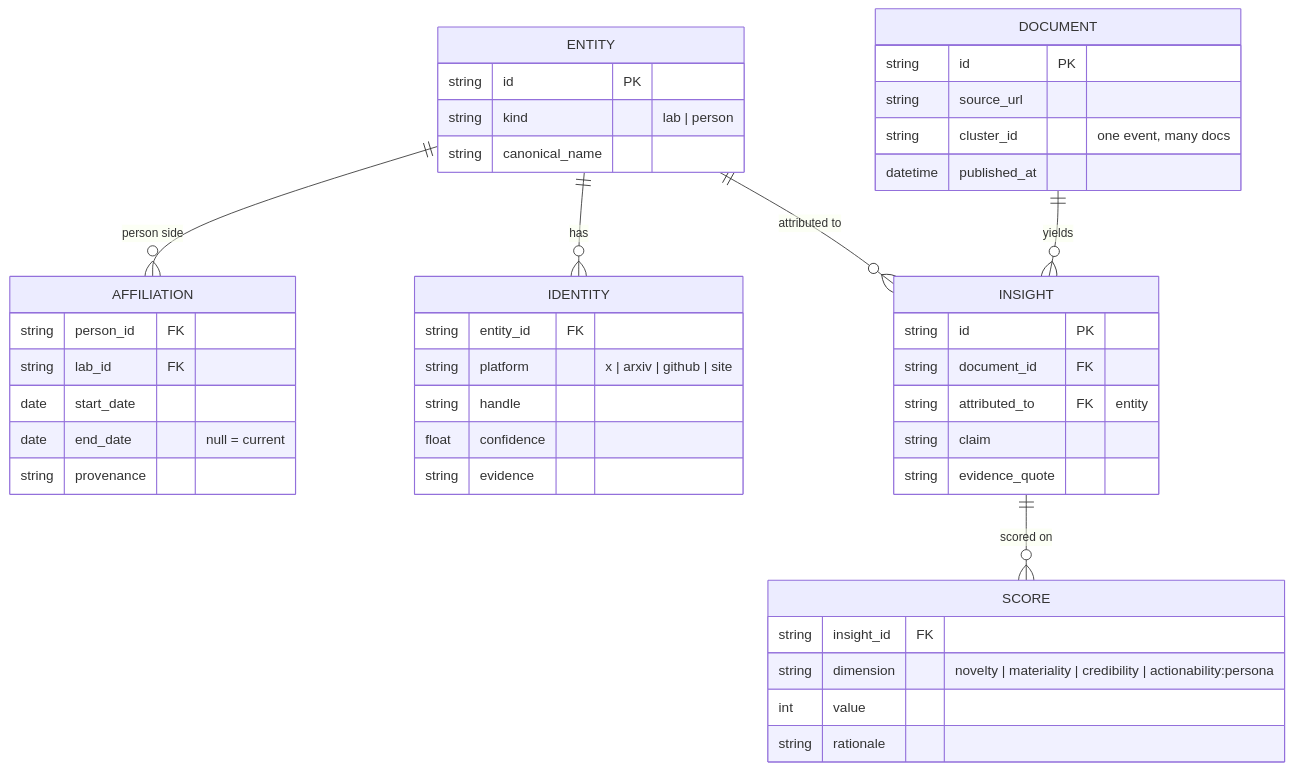
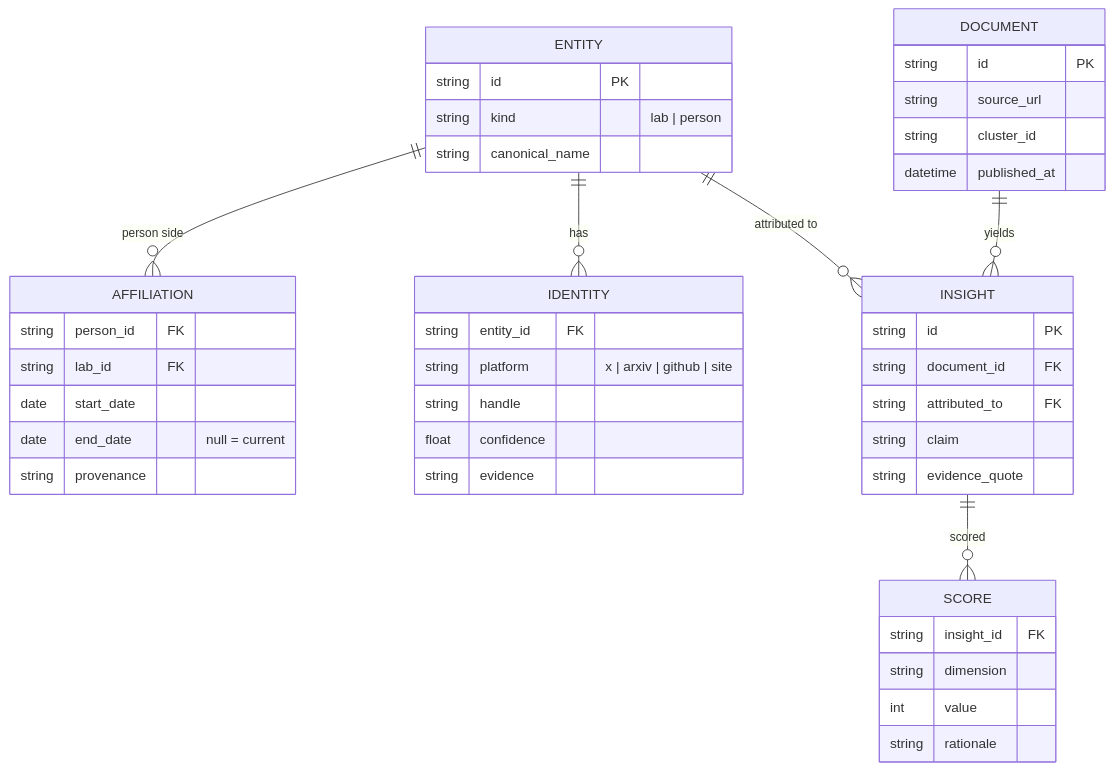
One commit to AdithyanI/frontier-lab-intelligence changed the third of 3 diagrams in docs/architecture/overview.md. Above: the diagram before and after it, drawn with Mermaid. The commit also changed other lines of this file and 20 other files, not shown here.

````diff
--- a/docs/architecture/overview.md
+++ b/docs/architecture/overview.md
@@ -93,47 +128,47 @@
 ```mermaid
 erDiagram
     ENTITY {
         string id PK
         string kind "lab | person"
         string canonical_name
     }
     AFFILIATION {
         string person_id FK
         string lab_id FK
         date start_date
         date end_date "null = current"
         string provenance
     }
     IDENTITY {
         string entity_id FK
         string platform "x | arxiv | github | site"
         string handle
         float confidence
         string evidence
     }
     DOCUMENT {
         string id PK
         string source_url
-        string cluster_id "one event, many docs"
+        string cluster_id
         datetime published_at
     }
     INSIGHT {
         string id PK
         string document_id FK
-        string attributed_to FK "entity"
+        string attributed_to FK
         string claim
         string evidence_quote
     }
     SCORE {
         string insight_id FK
-        string dimension "novelty | materiality | credibility | actionability:persona"
+        string dimension
         int value
         string rationale
     }
 
     ENTITY ||--o{ AFFILIATION : "person side"
     ENTITY ||--o{ IDENTITY : has
     ENTITY ||--o{ INSIGHT : "attributed to"
     DOCUMENT ||--o{ INSIGHT : yields
-    INSIGHT ||--o{ SCORE : "scored on"
+    INSIGHT ||--o{ SCORE : scored
 ```
````
